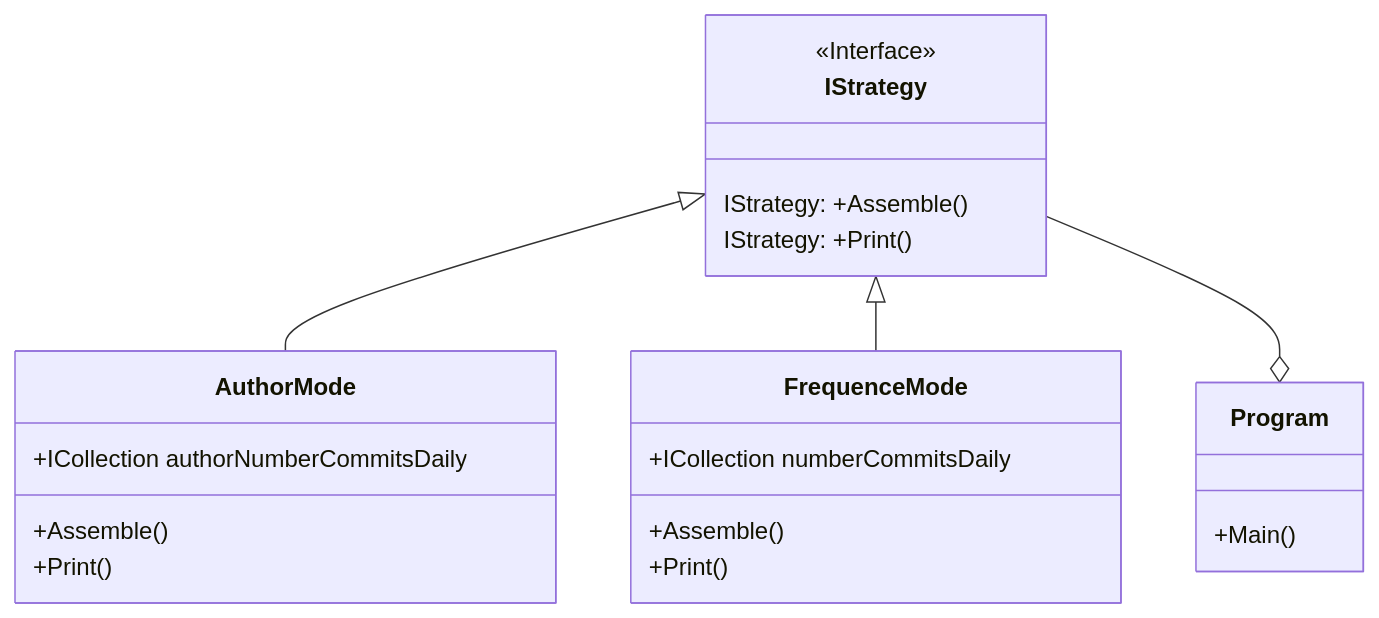
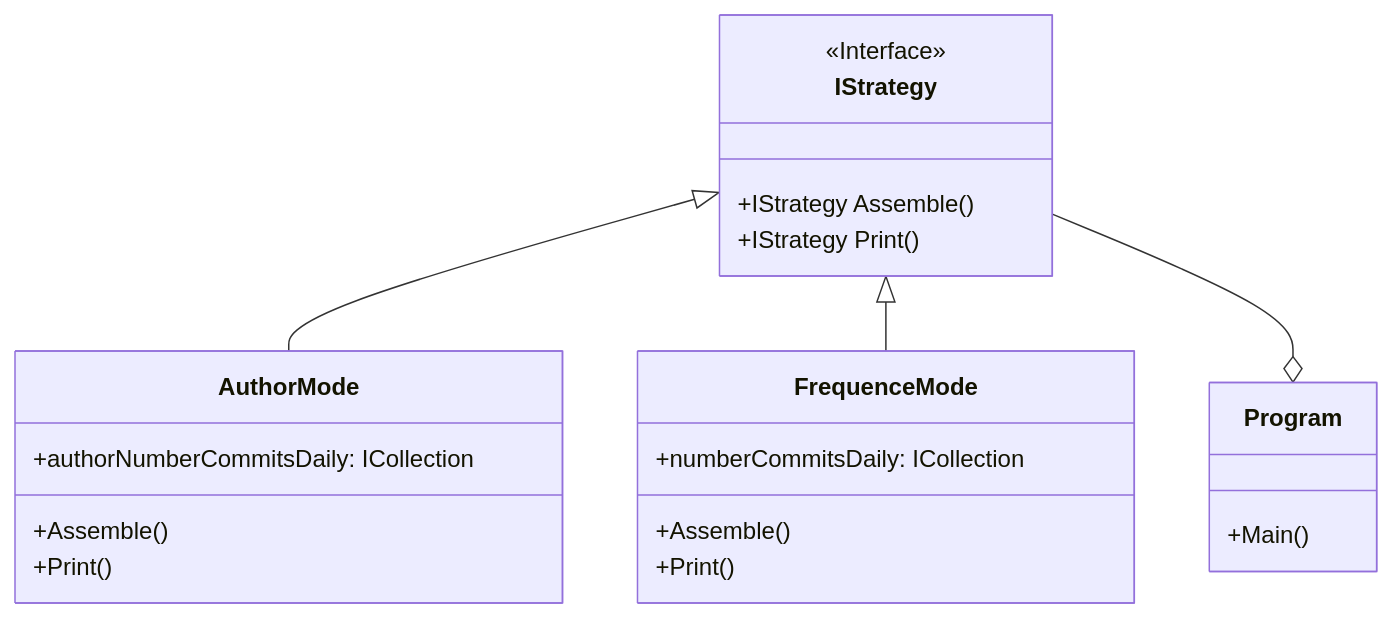
The diagram in docs.md (tkjelds/GitInsight), drawn with Mermaid before and after one commit. The commit also changed other lines of this file, not shown here.

````diff
--- a/docs.md
+++ b/docs.md
@@ -67,26 +76,26 @@
 ```mermaid
   classDiagram
     IStrategy <|-- AuthorMode
     IStrategy <|-- FrequenceMode
     IStrategy --o Program
     
     class IStrategy {
         <<Interface>>
-        IStrategy: +Assemble()
-        IStrategy: +Print()
+        +IStrategy Assemble()
+        +IStrategy Print()
     }
 
     class AuthorMode{
-        +ICollection authorNumberCommitsDaily
+        +authorNumberCommitsDaily: ICollection
         +Assemble()
         +Print()
     }
     class FrequenceMode{
-        +ICollection numberCommitsDaily
+        +numberCommitsDaily: ICollection
         +Assemble()
         +Print()
     }
     class Program{
         +Main()
     }
 ```
````
